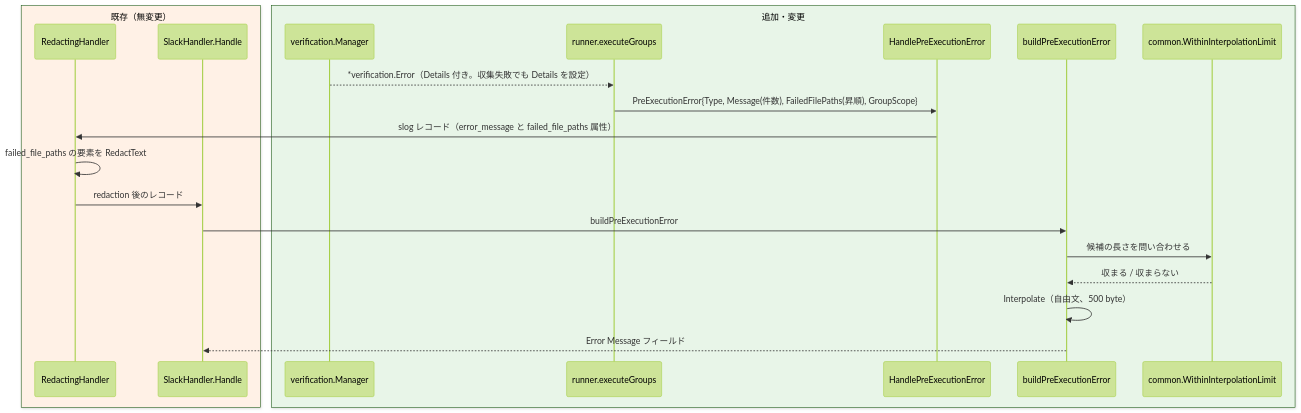
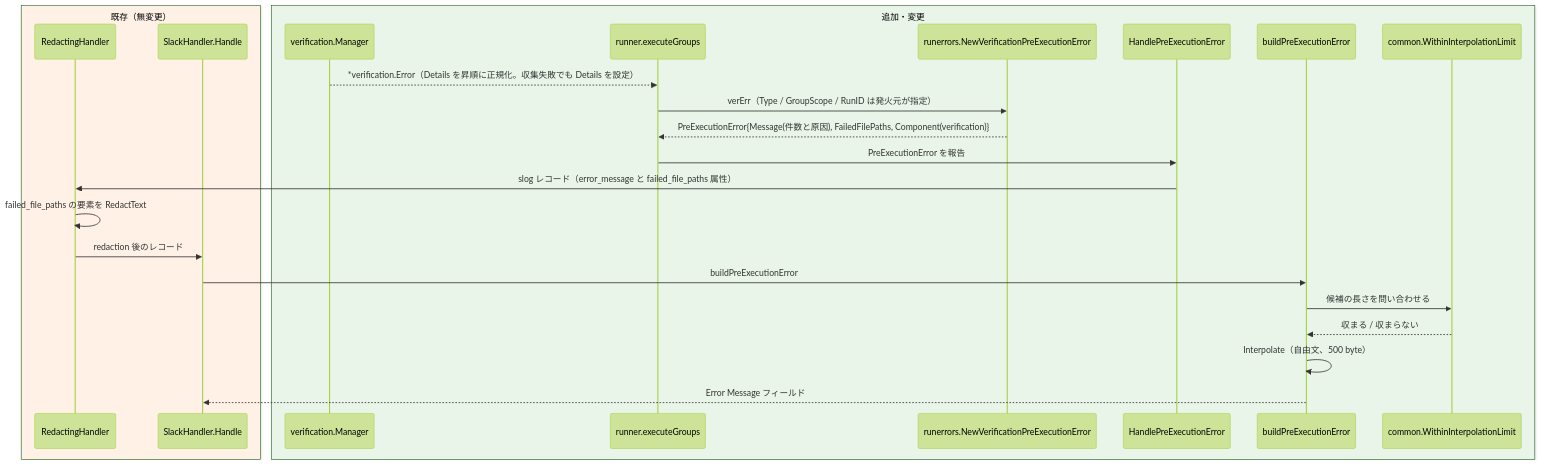
One commit to isseis/go-safe-cmd-runner changed the seventh of 10 diagrams in docs/tasks/0175_group_verification_error_failed_files/02_architecture.md. Above: the diagram before and after it, drawn with Mermaid (forest theme). The commit also changed other lines of this file and 1 other file, not shown here.

First line of the commit message:
docs(0175): unify global and group verification error reporting

````diff
--- a/docs/tasks/0175_group_verification_error_failed_files/02_architecture.md
+++ b/docs/tasks/0175_group_verification_error_failed_files/02_architecture.md
@@ -238,25 +258,28 @@
 ```mermaid
 sequenceDiagram
     box rgb(255,241,230) 既存（無変更）
         participant RH as RedactingHandler
         participant S as SlackHandler.Handle
     end
     box rgb(232,245,232) 追加・変更
         participant M as verification.Manager
         participant R as runner.executeGroups
+        participant N as runerrors.NewVerificationPreExecutionError
         participant L as HandlePreExecutionError
         participant B as buildPreExecutionError
         participant C as common.WithinInterpolationLimit
     end
 
-    M-->>R: *verification.Error（Details 付き。収集失敗でも Details を設定）
-    R->>L: PreExecutionError{Type, Message(件数), FailedFilePaths(昇順), GroupScope}
+    M-->>R: *verification.Error（Details を昇順に正規化。収集失敗でも Details を設定）
+    R->>N: verErr（Type / GroupScope / RunID は発火元が指定）
+    N-->>R: PreExecutionError{Message(件数と原因), FailedFilePaths, Component(verification)}
+    R->>L: PreExecutionError を報告
     L->>RH: slog レコード（error_message と failed_file_paths 属性）
     RH->>RH: failed_file_paths の要素を RedactText
     RH->>S: redaction 後のレコード
     S->>B: buildPreExecutionError
     B->>C: 候補の長さを問い合わせる
     C-->>B: 収まる / 収まらない
     B->>B: Interpolate（自由文、500 byte）
     B-->>S: Error Message フィールド
 ```
````
